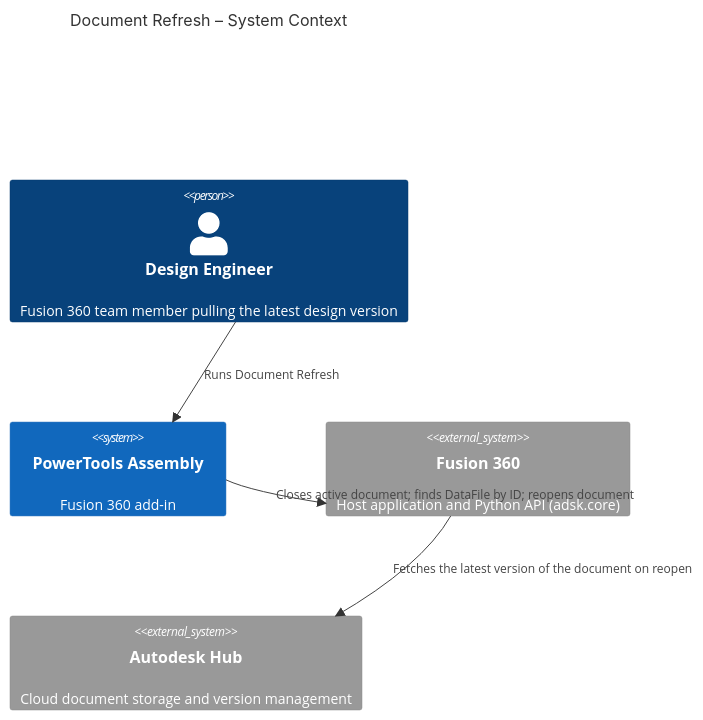
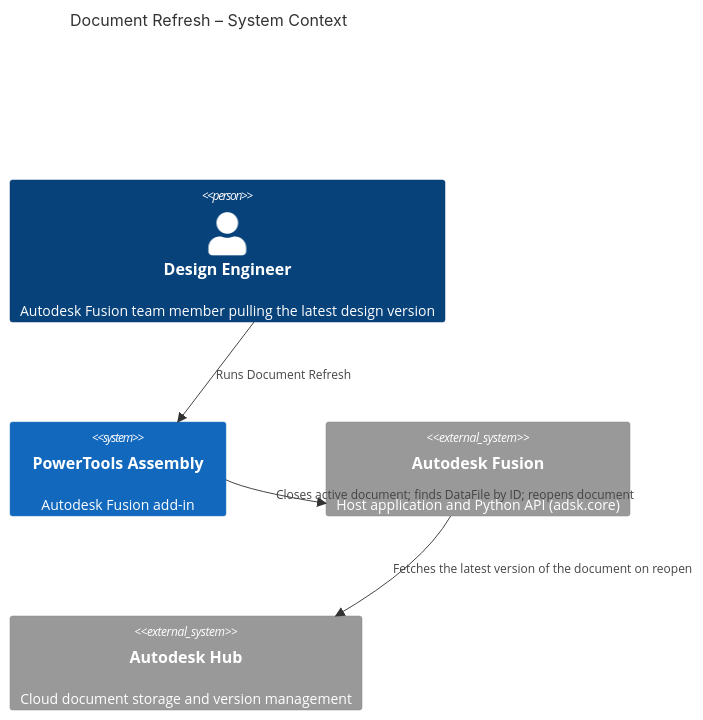
Before and after one commit to schneik80/PowerTools-Assembly: the first of 2 diagrams in docs/Document Refresh.md, drawn with Mermaid. The commit also changed other lines of this file and 9 other files, not shown here.

Commit message:
Update documentation to replace "Fusion 360" with "Autodesk Fusion" for consistency and clarity

````diff
--- a/docs/Document Refresh.md
+++ b/docs/Document Refresh.md
@@ -37,13 +37,13 @@
 ```mermaid
 C4Context
   title Document Refresh – System Context
 
-  Person(user, "Design Engineer", "Fusion 360 team member pulling the latest design version")
-  System(addin, "PowerTools Assembly", "Fusion 360 add-in")
-  System_Ext(fusion, "Fusion 360", "Host application and Python API (adsk.core)")
+  Person(user, "Design Engineer", "Autodesk Fusion team member pulling the latest design version")
+  System(addin, "PowerTools Assembly", "Autodesk Fusion add-in")
+  System_Ext(fusion, "Autodesk Fusion", "Host application and Python API (adsk.core)")
   System_Ext(hub, "Autodesk Hub", "Cloud document storage and version management")
 
   Rel(user, addin, "Runs Document Refresh")
   Rel(addin, fusion, "Closes active document; finds DataFile by ID; reopens document")
   Rel(fusion, hub, "Fetches the latest version of the document on reopen")
 ```
````
